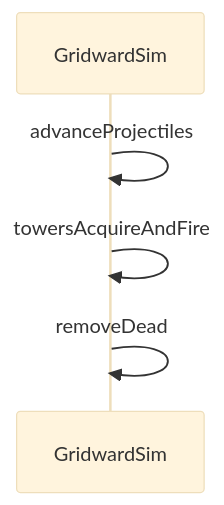
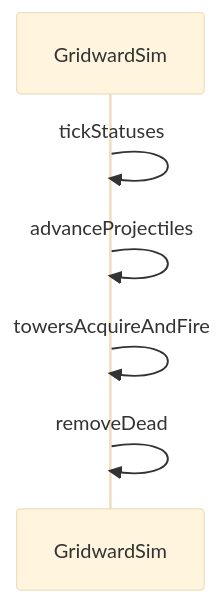
One commit to kblaszki/godot-game changed the second of 2 diagrams in games/gridward/docs/reference/sim.md. Above: the diagram before and after it, drawn with Mermaid (base theme). The commit also changed other lines of this file and 8 other files, not shown here.

````diff
--- a/games/gridward/docs/reference/sim.md
+++ b/games/gridward/docs/reference/sim.md
@@ -154,7 +159,8 @@
 ```mermaid
 sequenceDiagram
   participant Sim as GridwardSim
+  Sim->>Sim: tickStatuses
   Sim->>Sim: advanceProjectiles
   Sim->>Sim: towersAcquireAndFire
   Sim->>Sim: removeDead
 ```
````
